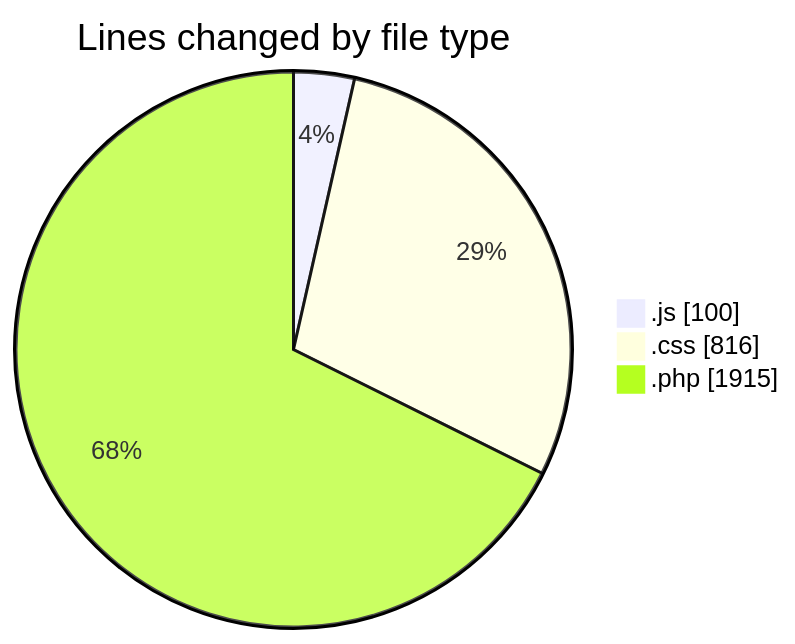
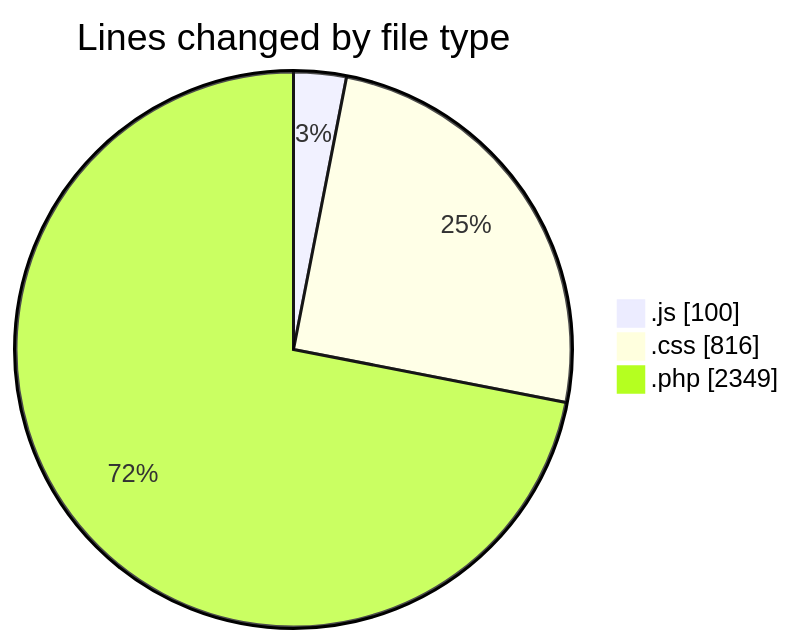
One commit to lephambinh05/code-tracking changed the first of 2 diagrams in 2025-08-25/quytuthien_vn/README.md. Above: the diagram before and after it, drawn with Mermaid. The commit also changed other lines of this file and 1 other file, not shown here.

````diff
--- a/2025-08-25/quytuthien_vn/README.md
+++ b/2025-08-25/quytuthien_vn/README.md
@@ -36,7 +36,7 @@
 ```mermaid
 pie showData
 title Lines changed by file type
 ".js" : 100
 ".css" : 816
-".php" : 1915
+".php" : 2349
 ```
````
